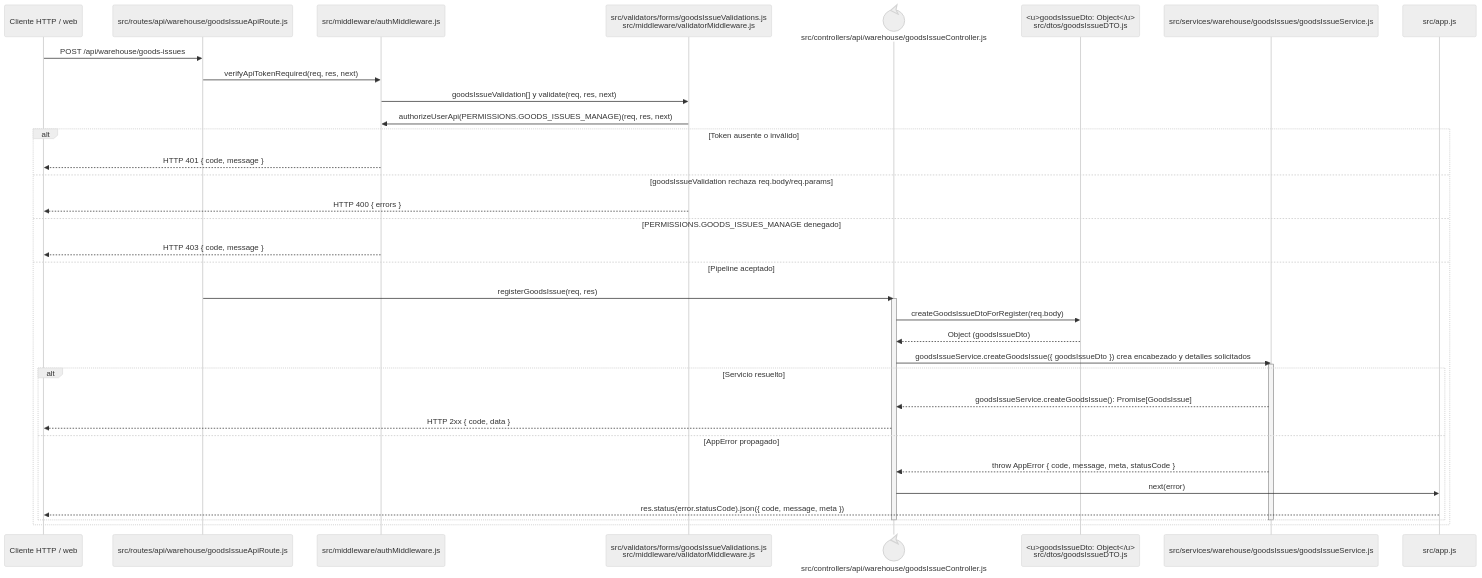
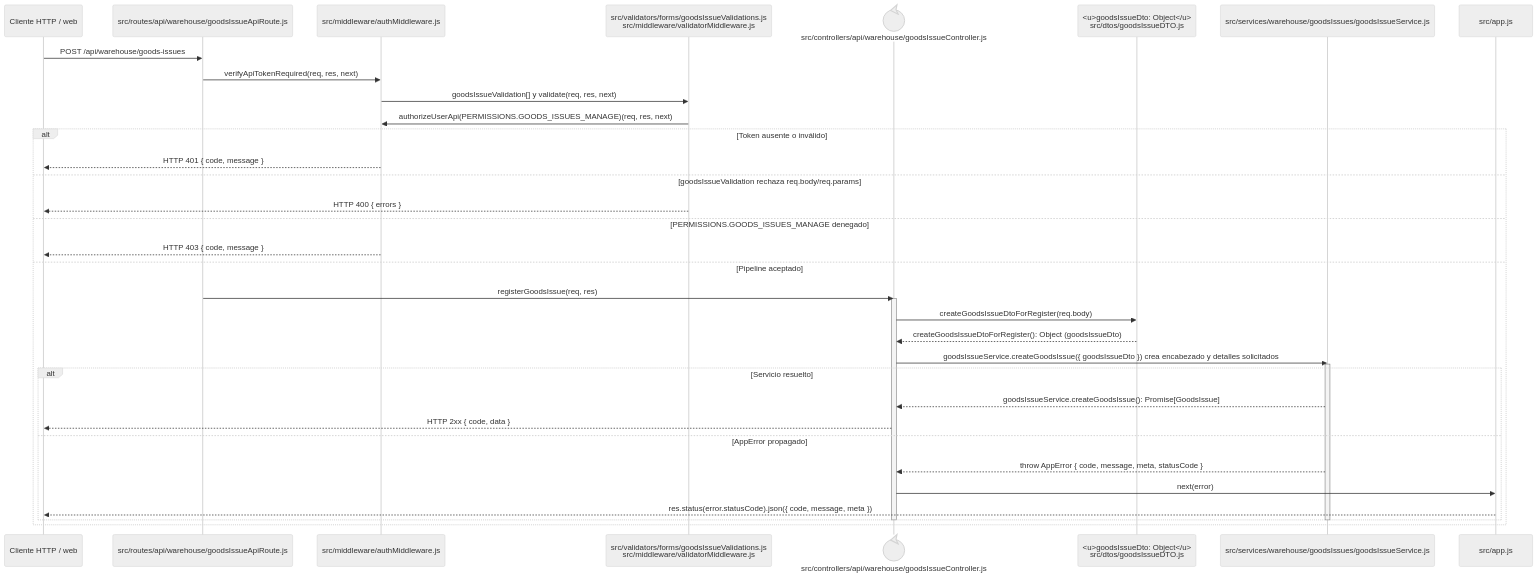
Before and after one commit to gpgsistemas01/nexus: the diagram in docs/architecture/backend-code-sequences/issues/cu-sal-02.md, drawn with Mermaid (neutral theme). The commit also changed 50 other files, not shown here.

Commit message:
docs: separar llamadas en diagramas de secuencia

````diff
--- a/docs/architecture/backend-code-sequences/issues/cu-sal-02.md
+++ b/docs/architecture/backend-code-sequences/issues/cu-sal-02.md
@@ -11,40 +11,40 @@
 ```mermaid
 sequenceDiagram
     participant Client as Cliente HTTP / web
     participant Route as src/routes/api/warehouse/goodsIssueApiRoute.js
     participant Auth as src/middleware/authMiddleware.js
     participant Validator as src/validators/forms/goodsIssueValidations.js<br/>src/middleware/validatorMiddleware.js
     participant Controller@{ "type": "control" } as src/controllers/api/warehouse/goodsIssueController.js
     participant IssueDto as <u>goodsIssueDto: Object</u><br/>src/dtos/goodsIssueDTO.js
     participant Domain as src/services/warehouse/goodsIssues/goodsIssueService.js
     participant ErrorHandler as src/app.js
 
     Client->>Route: POST /api/warehouse/goods-issues
     Route->>Auth: verifyApiTokenRequired(req, res, next)
     Auth->>Validator: goodsIssueValidation[] y validate(req, res, next)
     Validator->>Auth: authorizeUserApi(PERMISSIONS.GOODS_ISSUES_MANAGE)(req, res, next)
     alt Token ausente o inválido
         Auth-->>Client: HTTP 401 { code, message }
     else goodsIssueValidation rechaza req.body/req.params
         Validator-->>Client: HTTP 400 { errors }
     else PERMISSIONS.GOODS_ISSUES_MANAGE denegado
         Auth-->>Client: HTTP 403 { code, message }
     else Pipeline aceptado
         Route->>Controller: registerGoodsIssue(req, res)
         activate Controller
         Controller->>IssueDto: createGoodsIssueDtoForRegister(req.body)
-        IssueDto-->>Controller: Object (goodsIssueDto)
+        IssueDto-->>Controller: createGoodsIssueDtoForRegister(): Object (goodsIssueDto)
         Controller->>Domain: goodsIssueService.createGoodsIssue({ goodsIssueDto }) crea encabezado y detalles solicitados
         activate Domain
         alt Servicio resuelto
             Domain-->>Controller: goodsIssueService.createGoodsIssue(): Promise[GoodsIssue]
             Controller-->>Client: HTTP 2xx { code, data }
         else AppError propagado
             Domain-->>Controller: throw AppError { code, message, meta, statusCode }
             Controller->>ErrorHandler: next(error)
             ErrorHandler-->>Client: res.status(error.statusCode).json({ code, message, meta })
         end
         deactivate Domain
         deactivate Controller
     end
 ```
````
